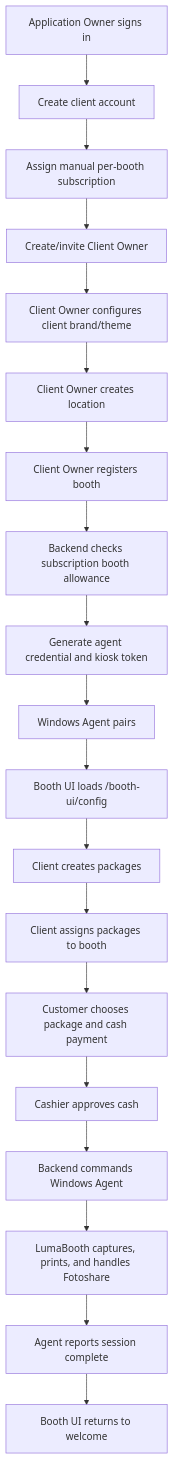
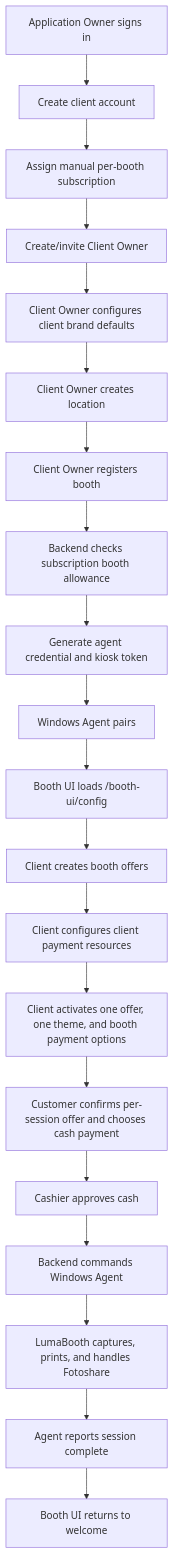
The diagram in docs/design/WORKFLOWS.md (quinjan/PhotoBIZ), drawn with Mermaid before and after one commit. The commit also changed other lines of this file and 12 other files, not shown here.

````diff
--- a/docs/design/WORKFLOWS.md
+++ b/docs/design/WORKFLOWS.md
@@ -49,21 +49,22 @@
 ```mermaid
 flowchart TD
   A["Application Owner signs in"] --> B["Create client account"]
   B --> C["Assign manual per-booth subscription"]
   C --> D["Create/invite Client Owner"]
-  D --> E["Client Owner configures client brand/theme"]
+  D --> E["Client Owner configures client brand defaults"]
   E --> F["Client Owner creates location"]
   F --> G["Client Owner registers booth"]
   G --> H["Backend checks subscription booth allowance"]
   H --> I["Generate agent credential and kiosk token"]
   I --> J["Windows Agent pairs"]
   J --> K["Booth UI loads /booth-ui/config"]
-  K --> L["Client creates packages"]
-  L --> M["Client assigns packages to booth"]
-  M --> N["Customer chooses package and cash payment"]
-  N --> O["Cashier approves cash"]
-  O --> P["Backend commands Windows Agent"]
-  P --> Q["LumaBooth captures, prints, and handles Fotoshare"]
-  Q --> R["Agent reports session complete"]
-  R --> S["Booth UI returns to welcome"]
+  K --> L["Client creates booth offers"]
+  L --> M["Client configures client payment resources"]
+  M --> N["Client activates one offer, one theme, and booth payment options"]
+  N --> O["Customer confirms per-session offer and chooses cash payment"]
+  O --> P["Cashier approves cash"]
+  P --> Q["Backend commands Windows Agent"]
+  Q --> R["LumaBooth captures, prints, and handles Fotoshare"]
+  R --> S["Agent reports session complete"]
+  S --> T["Booth UI returns to welcome"]
 ```
````
